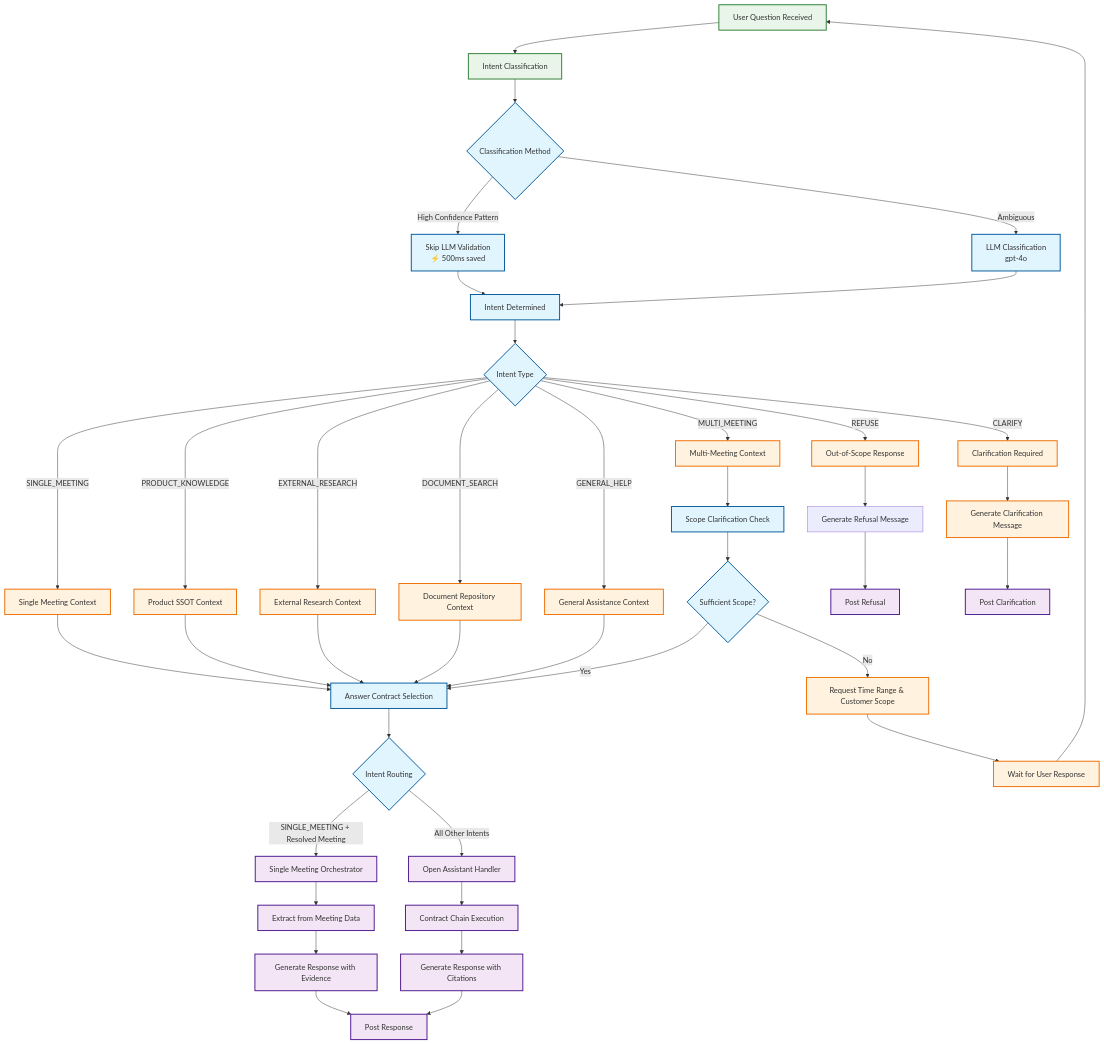
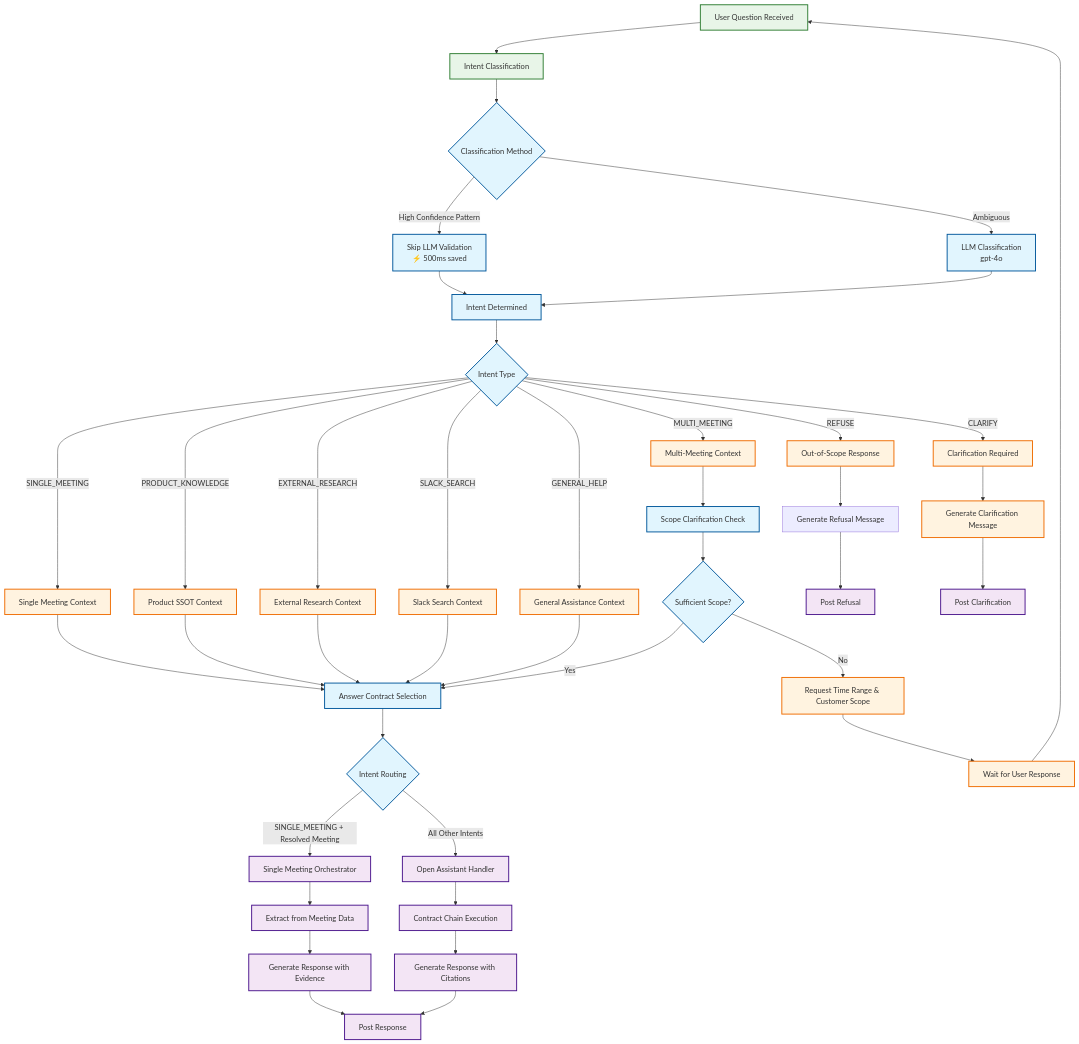
Before and after one commit to Ops-Team-Leverege/Mustard: the sixth of 8 diagrams in docs/VISUAL_SYSTEM_DIAGRAMS.md, drawn with Mermaid. The commit also changed other lines of this file and 5 other files, not shown here.

First line of the commit message:
Update documentation to reflect current system architecture and capabilities

````diff
--- a/docs/VISUAL_SYSTEM_DIAGRAMS.md
+++ b/docs/VISUAL_SYSTEM_DIAGRAMS.md
@@ -282,62 +282,62 @@
 ```mermaid
 graph TD
     A[User Question Received] --> B[Intent Classification]
     B --> C{Classification Method}
     
     C -->|High Confidence Pattern| D[Skip LLM Validation<br/>⚡ 500ms saved]
     C -->|Ambiguous| E[LLM Classification<br/>gpt-4o]
     
     D --> F[Intent Determined]
     E --> F
     
     F --> G{Intent Type}
     G -->|SINGLE_MEETING| H[Single Meeting Context]
     G -->|MULTI_MEETING| I[Multi-Meeting Context]
     G -->|PRODUCT_KNOWLEDGE| J[Product SSOT Context]
     G -->|EXTERNAL_RESEARCH| K[External Research Context]
-    G -->|DOCUMENT_SEARCH| L[Document Repository Context]
+    G -->|SLACK_SEARCH| L[Slack Search Context]
     G -->|GENERAL_HELP| M[General Assistance Context]
     G -->|REFUSE| N[Out-of-Scope Response]
     G -->|CLARIFY| O[Clarification Required]
     
     H --> P[Answer Contract Selection]
     I --> Q[Scope Clarification Check]
     J --> P
     K --> P
-    L --> P
+    L --> P[Answer Contract Selection]
     M --> P
     N --> R[Generate Refusal Message]
     O --> S[Generate Clarification Message]
     
     Q --> T{Sufficient Scope?}
     T -->|Yes| P
     T -->|No| U[Request Time Range & Customer Scope]
     
     P --> V{Intent Routing}
     V -->|SINGLE_MEETING + Resolved Meeting| W[Single Meeting Orchestrator]
     V -->|All Other Intents| X[Open Assistant Handler]
     
     U --> Y[Wait for User Response]
     Y --> A
     
     W --> Z[Extract from Meeting Data]
     X --> AA[Contract Chain Execution]
     
     Z --> BB[Generate Response with Evidence]
     AA --> CC[Generate Response with Citations]
     
     R --> DD[Post Refusal]
     S --> EE[Post Clarification]
     BB --> FF[Post Response]
     CC --> FF
     
     classDef input fill:#e8f5e8,stroke:#2e7d32,stroke-width:2px
     classDef decision fill:#e1f5fe,stroke:#01579b,stroke-width:2px
     classDef context fill:#fff3e0,stroke:#ef6c00,stroke-width:2px
     classDef output fill:#f3e5f5,stroke:#4a148c,stroke-width:2px
     
     class A,B input
     class C,D,E,F,G,P,Q,T,V decision
     class H,I,J,K,L,M,N,O,S,U,Y context
     class W,X,Z,AA,BB,CC,DD,EE,FF output
 ```
````
